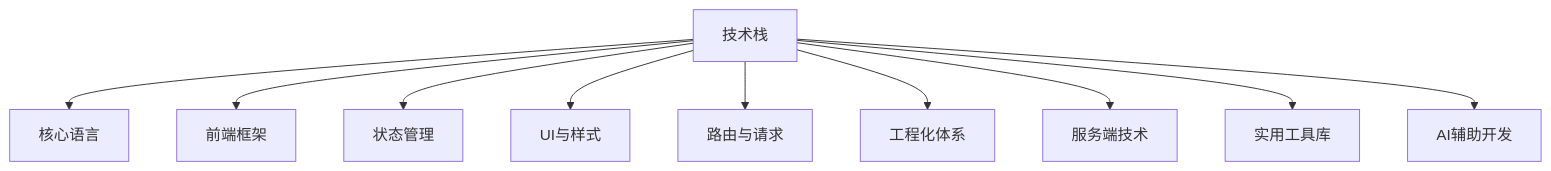
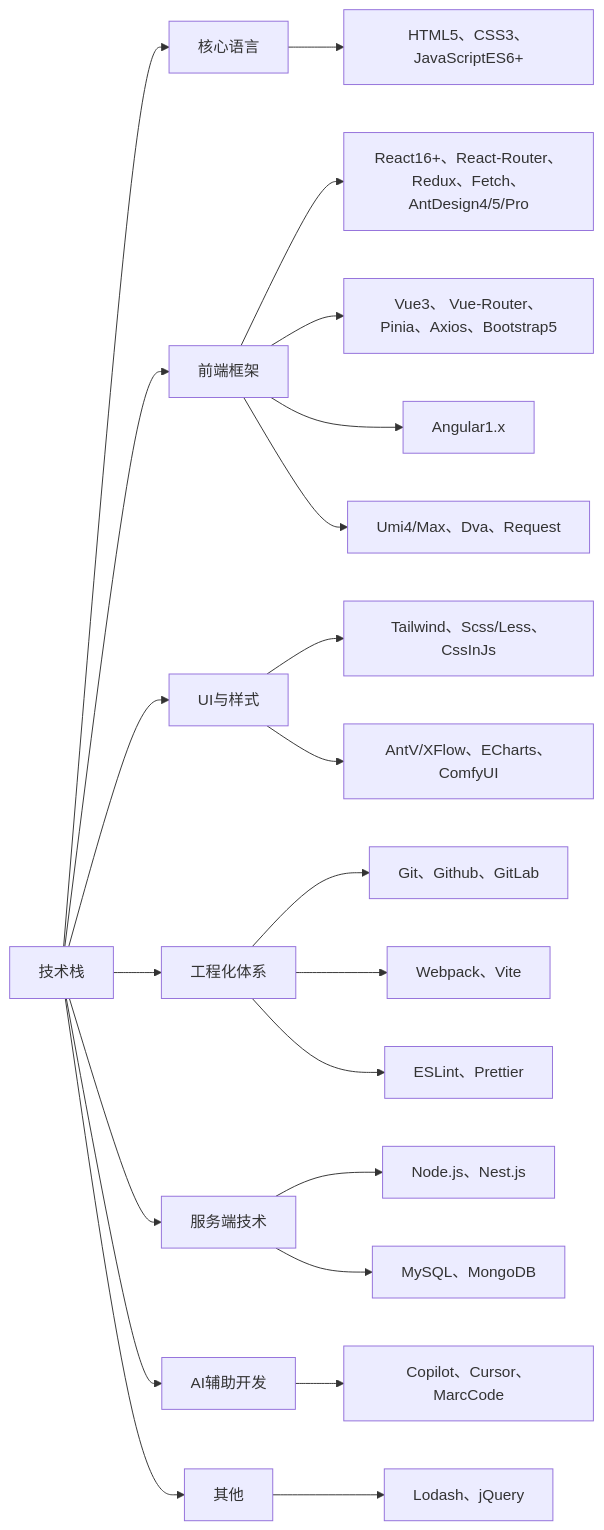
The diagram in profile/README.md (zhongsimeng/.github), drawn with Mermaid before and after one commit. The commit also changed other lines of this file, not shown here.

````diff
--- a/profile/README.md
+++ b/profile/README.md
@@ -15,12 +15,31 @@
 ```mermaid
-graph TB
+graph LR
     A[技术栈] --> B[核心语言]
     A --> C[前端框架]
-    A --> D[状态管理]
-    A --> E[UI与样式]
-    A --> F[路由与请求]
-    A --> G[工程化体系]
-    A --> H[服务端技术]
-    A --> I[实用工具库]
-    A --> J[AI辅助开发]
+    A --> D[UI与样式]
+    A --> E[工程化体系]
+    A --> F[服务端技术]
+    A --> G[AI辅助开发]
+    A --> H[其他]
+
+    B --> B1[HTML5、CSS3、JavaScriptES6+]
+
+    C --> C1[React16+、React-Router、Redux、Fetch、AntDesign4/5/Pro]
+    C --> C2[Vue3、 Vue-Router、Pinia、Axios、Bootstrap5]
+    C --> C3[Angular1.x]
+    C --> C4[Umi4/Max、Dva、Request]
+
+    D --> D1[Tailwind、Scss/Less、CssInJs]
+    D --> D2[AntV/XFlow、ECharts、ComfyUI]
+
+    E --> E1[Git、Github、GitLab]
+    E --> E2[Webpack、Vite]
+    E --> E3[ESLint、Prettier]
+
+    F --> F1[Node.js、Nest.js]
+    F --> F2[MySQL、MongoDB]
+
+    G --> G1[Copilot、Cursor、MarcCode]
+
+    H --> H1[Lodash、jQuery]
 ```
````
